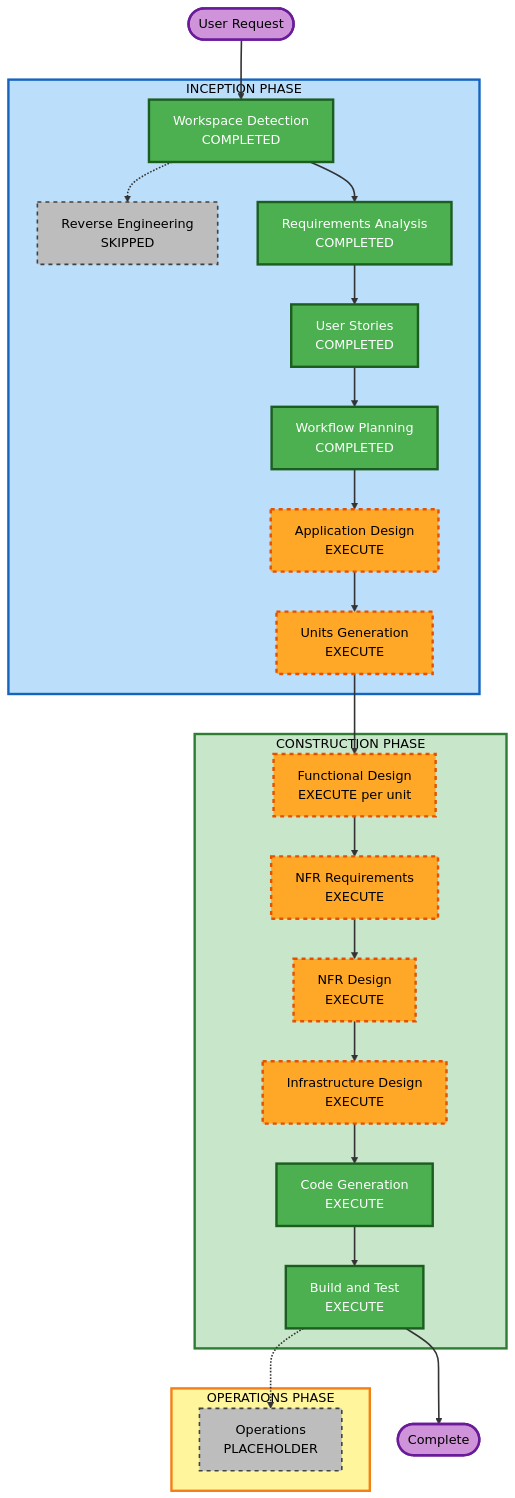
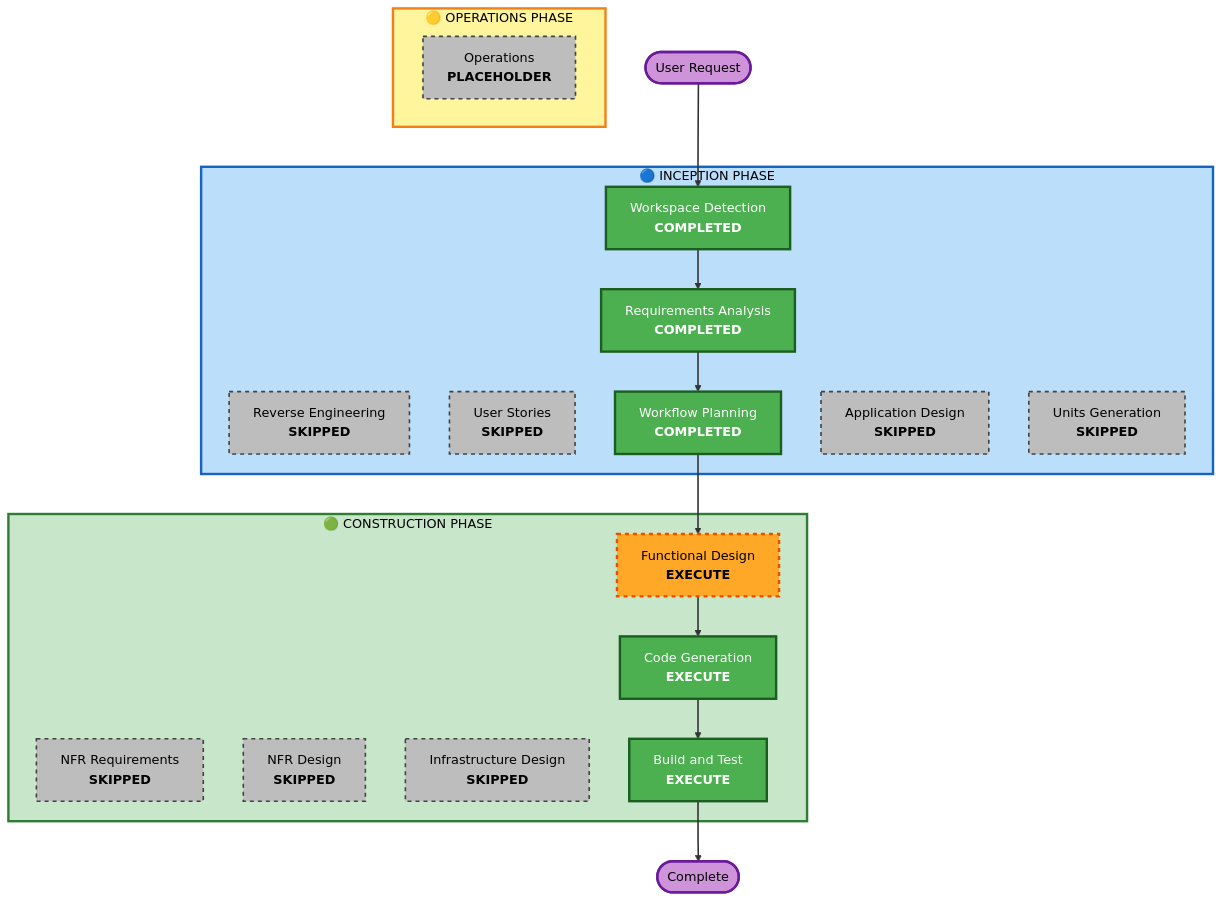
One commit to bfranchi-cyber/doc-extraction-pipeline changed the diagram in aidlc-docs/inception/plans/execution-plan.md. Above: the diagram before and after it, drawn with Mermaid (neutral theme). The commit also changed other lines of this file and 7 other files, not shown here.

````diff
--- a/aidlc-docs/inception/plans/execution-plan.md
+++ b/aidlc-docs/inception/plans/execution-plan.md
@@ -22,65 +27,57 @@
 ```mermaid
 flowchart TD
     Start(["User Request"])
 
-    subgraph INCEPTION["INCEPTION PHASE"]
-        WD["Workspace Detection\nCOMPLETED"]
-        RE["Reverse Engineering\nSKIPPED"]
-        RA["Requirements Analysis\nCOMPLETED"]
-        US["User Stories\nCOMPLETED"]
-        WP["Workflow Planning\nCOMPLETED"]
-        AD["Application Design\nEXECUTE"]
-        UG["Units Generation\nEXECUTE"]
+    subgraph INCEPTION["🔵 INCEPTION PHASE"]
+        WD["Workspace Detection<br/><b>COMPLETED</b>"]
+        RE["Reverse Engineering<br/><b>SKIPPED</b>"]
+        RA["Requirements Analysis<br/><b>COMPLETED</b>"]
+        US["User Stories<br/><b>SKIPPED</b>"]
+        WP["Workflow Planning<br/><b>COMPLETED</b>"]
+        AD["Application Design<br/><b>SKIPPED</b>"]
+        UG["Units Generation<br/><b>SKIPPED</b>"]
     end
 
-    subgraph CONSTRUCTION["CONSTRUCTION PHASE"]
-        FD["Functional Design\nEXECUTE per unit"]
-        NFRA["NFR Requirements\nEXECUTE"]
-        NFRD["NFR Design\nEXECUTE"]
-        ID["Infrastructure Design\nEXECUTE"]
-        CG["Code Generation\nEXECUTE"]
-        BT["Build and Test\nEXECUTE"]
+    subgraph CONSTRUCTION["🟢 CONSTRUCTION PHASE"]
+        FD["Functional Design<br/><b>EXECUTE</b>"]
+        NFRA["NFR Requirements<br/><b>SKIPPED</b>"]
+        NFRD["NFR Design<br/><b>SKIPPED</b>"]
+        ID["Infrastructure Design<br/><b>SKIPPED</b>"]
+        CG["Code Generation<br/><b>EXECUTE</b>"]
+        BT["Build and Test<br/><b>EXECUTE</b>"]
     end
 
-    subgraph OPERATIONS["OPERATIONS PHASE"]
-        OPS["Operations\nPLACEHOLDER"]
+    subgraph OPERATIONS["🟡 OPERATIONS PHASE"]
+        OPS["Operations<br/><b>PLACEHOLDER</b>"]
     end
 
     Start --> WD
-    WD -.-> RE
     WD --> RA
-    RA --> US
-    US --> WP
-    WP --> AD
-    AD --> UG
-    UG --> FD
-    FD --> NFRA
-    NFRA --> NFRD
-    NFRD --> ID
-    ID --> CG
+    RA --> WP
+    WP --> FD
+    FD --> CG
     CG --> BT
-    BT -.-> OPS
     BT --> End(["Complete"])
 
     style WD fill:#4CAF50,stroke:#1B5E20,stroke-width:3px,color:#fff
     style RA fill:#4CAF50,stroke:#1B5E20,stroke-width:3px,color:#fff
-    style US fill:#4CAF50,stroke:#1B5E20,stroke-width:3px,color:#fff
     style WP fill:#4CAF50,stroke:#1B5E20,stroke-width:3px,color:#fff
+    style FD fill:#FFA726,stroke:#E65100,stroke-width:3px,stroke-dasharray: 5 5,color:#000
     style CG fill:#4CAF50,stroke:#1B5E20,stroke-width:3px,color:#fff
     style BT fill:#4CAF50,stroke:#1B5E20,stroke-width:3px,color:#fff
     style RE fill:#BDBDBD,stroke:#424242,stroke-width:2px,stroke-dasharray: 5 5,color:#000
+    style US fill:#BDBDBD,stroke:#424242,stroke-width:2px,stroke-dasharray: 5 5,color:#000
+    style AD fill:#BDBDBD,stroke:#424242,stroke-width:2px,stroke-dasharray: 5 5,color:#000
+    style UG fill:#BDBDBD,stroke:#424242,stroke-width:2px,stroke-dasharray: 5 5,color:#000
+    style NFRA fill:#BDBDBD,stroke:#424242,stroke-width:2px,stroke-dasharray: 5 5,color:#000
+    style NFRD fill:#BDBDBD,stroke:#424242,stroke-width:2px,stroke-dasharray: 5 5,color:#000
+    style ID fill:#BDBDBD,stroke:#424242,stroke-width:2px,stroke-dasharray: 5 5,color:#000
     style OPS fill:#BDBDBD,stroke:#424242,stroke-width:2px,stroke-dasharray: 5 5,color:#000
-    style AD fill:#FFA726,stroke:#E65100,stroke-width:3px,stroke-dasharray: 5 5,color:#000
-    style UG fill:#FFA726,stroke:#E65100,stroke-width:3px,stroke-dasharray: 5 5,color:#000
-    style FD fill:#FFA726,stroke:#E65100,stroke-width:3px,stroke-dasharray: 5 5,color:#000
-    style NFRA fill:#FFA726,stroke:#E65100,stroke-width:3px,stroke-dasharray: 5 5,color:#000
-    style NFRD fill:#FFA726,stroke:#E65100,stroke-width:3px,stroke-dasharray: 5 5,color:#000
-    style ID fill:#FFA726,stroke:#E65100,stroke-width:3px,stroke-dasharray: 5 5,color:#000
+    style Start fill:#CE93D8,stroke:#6A1B9A,stroke-width:3px,color:#000
+    style End fill:#CE93D8,stroke:#6A1B9A,stroke-width:3px,color:#000
     style INCEPTION fill:#BBDEFB,stroke:#1565C0,stroke-width:3px,color:#000
     style CONSTRUCTION fill:#C8E6C9,stroke:#2E7D32,stroke-width:3px,color:#000
     style OPERATIONS fill:#FFF59D,stroke:#F57F17,stroke-width:3px,color:#000
-    style Start fill:#CE93D8,stroke:#6A1B9A,stroke-width:3px,color:#000
-    style End fill:#CE93D8,stroke:#6A1B9A,stroke-width:3px,color:#000
 
     linkStyle default stroke:#333,stroke-width:2px
 ```
````
